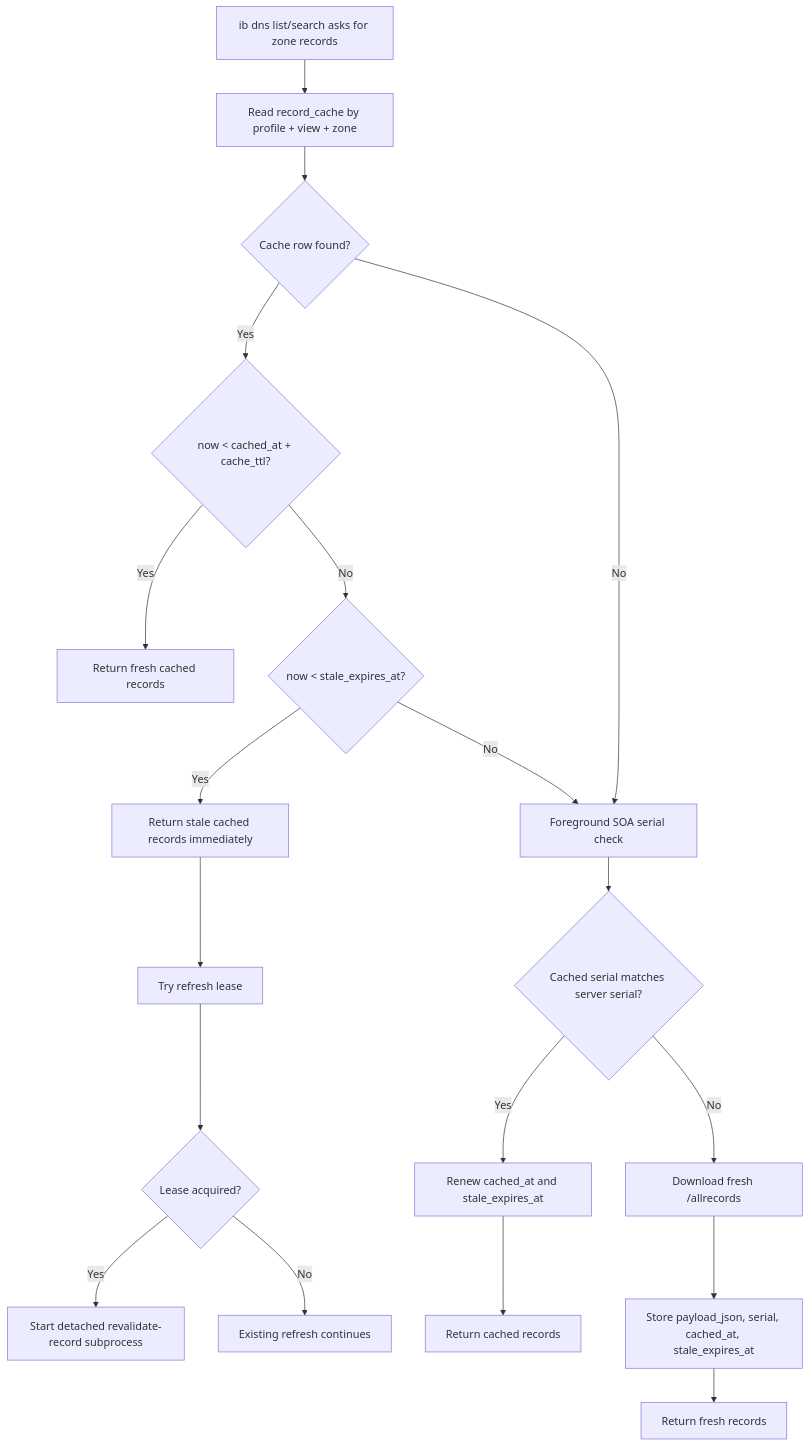
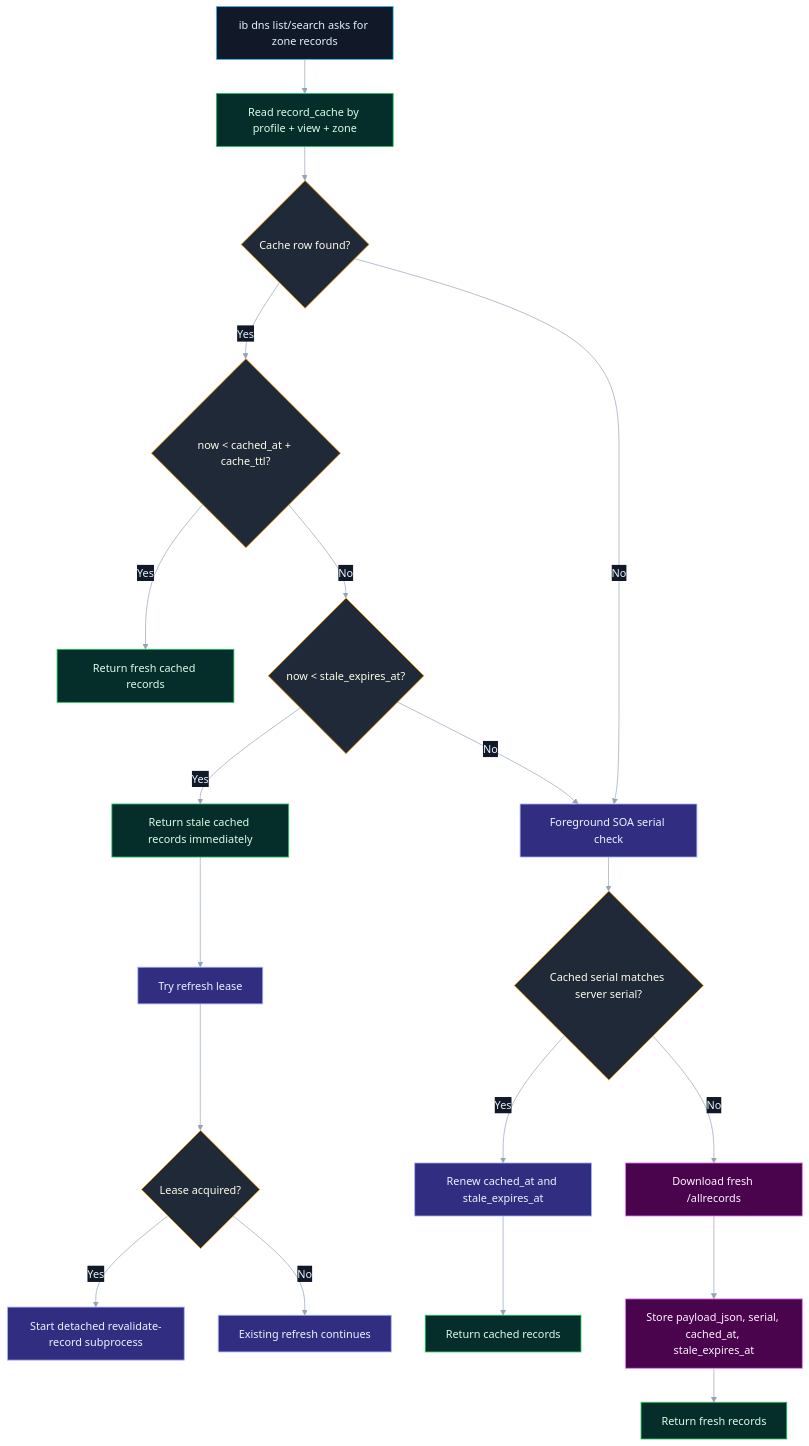
The first of 3 diagrams in docs/performance-caching.md (rwahyudi/gib), drawn with Mermaid before and after one commit. The commit also changed other lines of this file and 2 other files, not shown here.

Commit message:
Darken performance caching diagrams

````diff
--- a/docs/performance-caching.md
+++ b/docs/performance-caching.md
@@ -30,21 +30,33 @@
 ```mermaid
+%%{init: {"theme": "base", "themeVariables": {"background": "#020617", "primaryColor": "#0f172a", "primaryBorderColor": "#38bdf8", "primaryTextColor": "#e5f4ff", "secondaryColor": "#111827", "secondaryBorderColor": "#22c55e", "tertiaryColor": "#172554", "tertiaryBorderColor": "#818cf8", "lineColor": "#94a3b8", "textColor": "#e5e7eb", "fontFamily": "ui-sans-serif, system-ui, -apple-system, Segoe UI, sans-serif"}}}%%
 flowchart TD
     A[ib dns list/search asks for zone records] --> B[Read record_cache by profile + view + zone]
     B --> C{Cache row found?}
     C -- No --> H[Foreground SOA serial check]
     C -- Yes --> D{now < cached_at + cache_ttl?}
     D -- Yes --> E[Return fresh cached records]
     D -- No --> F{now < stale_expires_at?}
     F -- Yes --> G[Return stale cached records immediately]
     G --> G1[Try refresh lease]
     G1 --> G2{Lease acquired?}
     G2 -- Yes --> G3[Start detached revalidate-record subprocess]
     G2 -- No --> G4[Existing refresh continues]
     F -- No --> H
     H --> I{Cached serial matches server serial?}
     I -- Yes --> J[Renew cached_at and stale_expires_at]
     J --> K[Return cached records]
     I -- No --> L[Download fresh /allrecords]
     L --> M[Store payload_json, serial, cached_at, stale_expires_at]
     M --> N[Return fresh records]
+
+    classDef start fill:#111827,stroke:#38bdf8,color:#e0f2fe,stroke-width:1.2px
+    classDef cache fill:#052e2b,stroke:#22c55e,color:#dcfce7,stroke-width:1.2px
+    classDef decision fill:#1f2937,stroke:#f59e0b,color:#fffbeb,stroke-width:1.2px
+    classDef refresh fill:#312e81,stroke:#a5b4fc,color:#eef2ff,stroke-width:1.2px
+    classDef write fill:#4a044e,stroke:#e879f9,color:#fdf4ff,stroke-width:1.2px
+    class A start
+    class B,E,G,K,N cache
+    class C,D,F,I,G2 decision
+    class G1,G3,G4,H,J refresh
+    class L,M write
 ```
````
